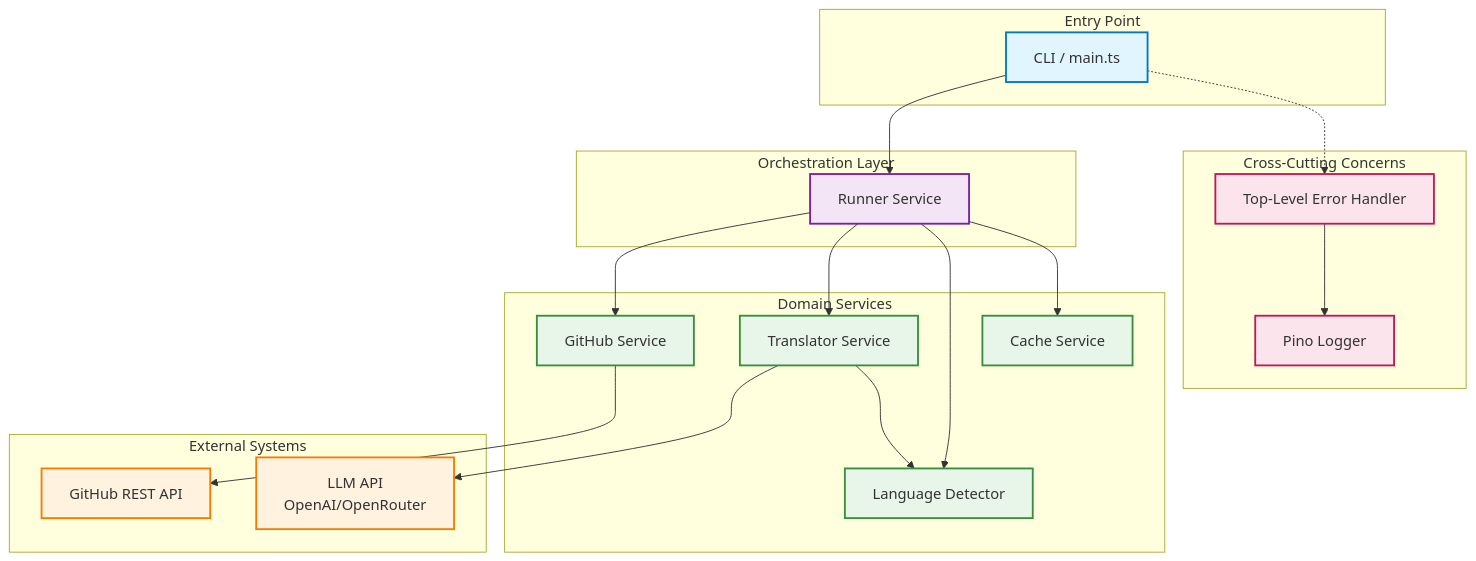
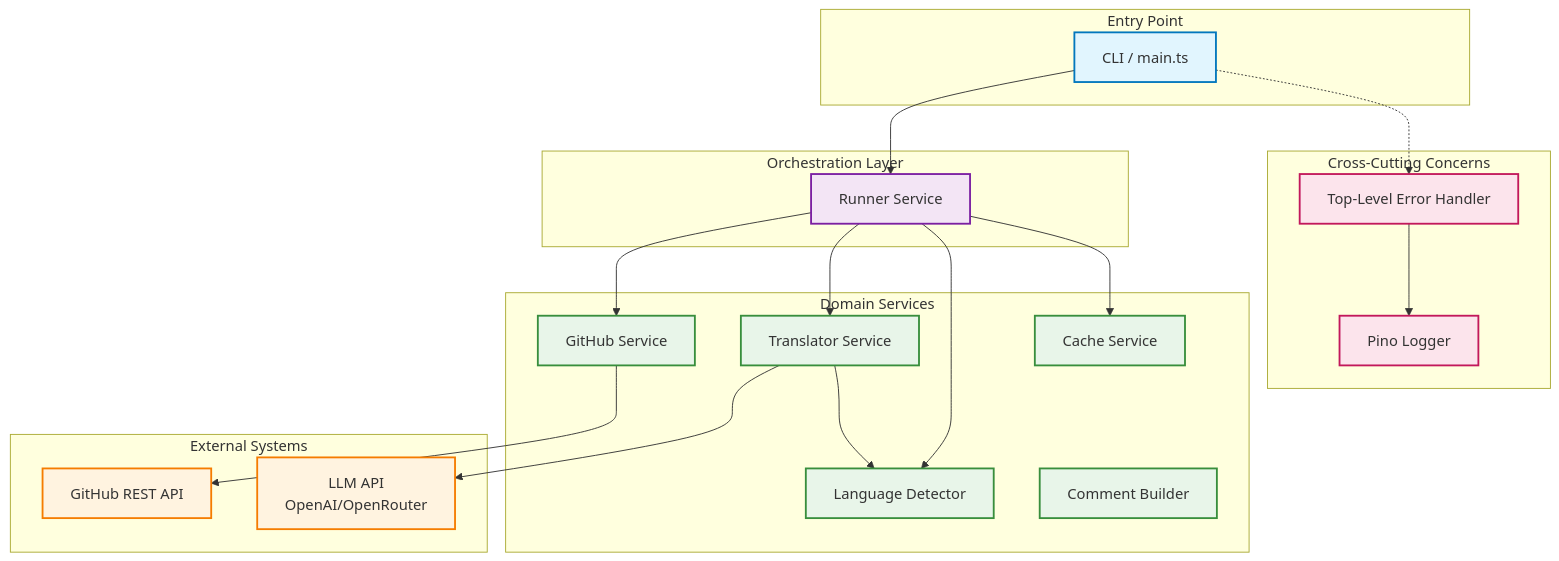
Before and after one commit to NivaldoFarias/translate-react: the first of 3 diagrams in docs/ARCHITECTURE.md, drawn with Mermaid. The commit also changed other lines of this file and 16 other files, not shown here.

````diff
--- a/docs/ARCHITECTURE.md
+++ b/docs/ARCHITECTURE.md
@@ -25,52 +25,53 @@
 ```mermaid
 graph TB
     subgraph "Entry Point"
         CLI[CLI / main.ts]
     end
 
     subgraph "Orchestration Layer"
         Runner[Runner Service]
     end
 
     subgraph "Domain Services"
         GitHub[GitHub Service]
         Translator[Translator Service]
         LangDetector[Language Detector]
         Cache[Cache Service]
+        CommentBuilder[Comment Builder]
     end
 
     subgraph "Cross-Cutting Concerns"
         ErrorHandler[Top-Level Error Handler]
         Logger[Pino Logger]
     end
 
     subgraph "External Systems"
         GitHubAPI[GitHub REST API]
         LLMAPI[LLM API<br/>OpenAI/OpenRouter]
     end
 
     CLI --> Runner
     Runner --> GitHub
     Runner --> Translator
     Runner --> LangDetector
     Runner --> Cache
 
     GitHub --> GitHubAPI
     Translator --> LLMAPI
     Translator --> LangDetector
 
     CLI -.-> ErrorHandler
     ErrorHandler --> Logger
 
     classDef entryPoint fill:#e1f5fe,stroke:#0277bd,stroke-width:2px
     classDef orchestration fill:#f3e5f5,stroke:#7b1fa2,stroke-width:2px
     classDef domain fill:#e8f5e9,stroke:#388e3c,stroke-width:2px
     classDef external fill:#fff3e0,stroke:#f57c00,stroke-width:2px
     classDef crossCutting fill:#fce4ec,stroke:#c2185b,stroke-width:2px
 
     class CLI entryPoint
     class Runner orchestration
-    class GitHub,Translator,LangDetector,Cache domain
+    class GitHub,Translator,LangDetector,Cache,CommentBuilder domain
     class GitHubAPI,LLMAPI external
     class ErrorHandler,Logger crossCutting
 ```
````
